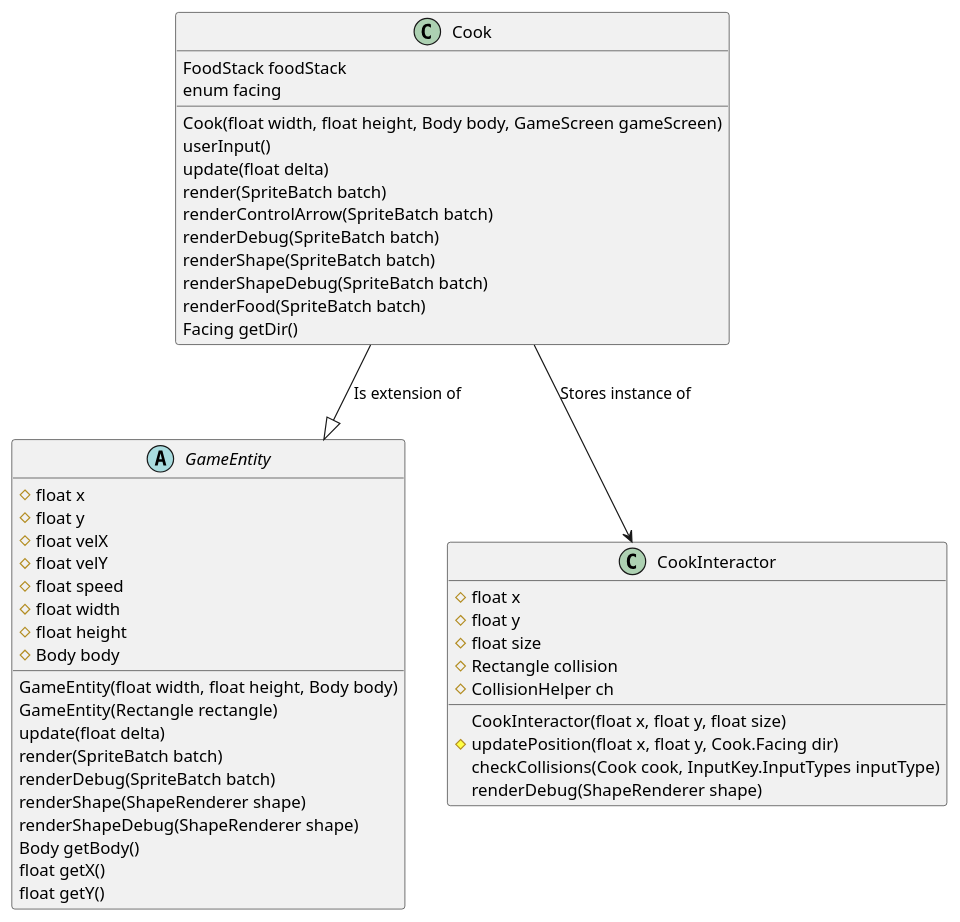
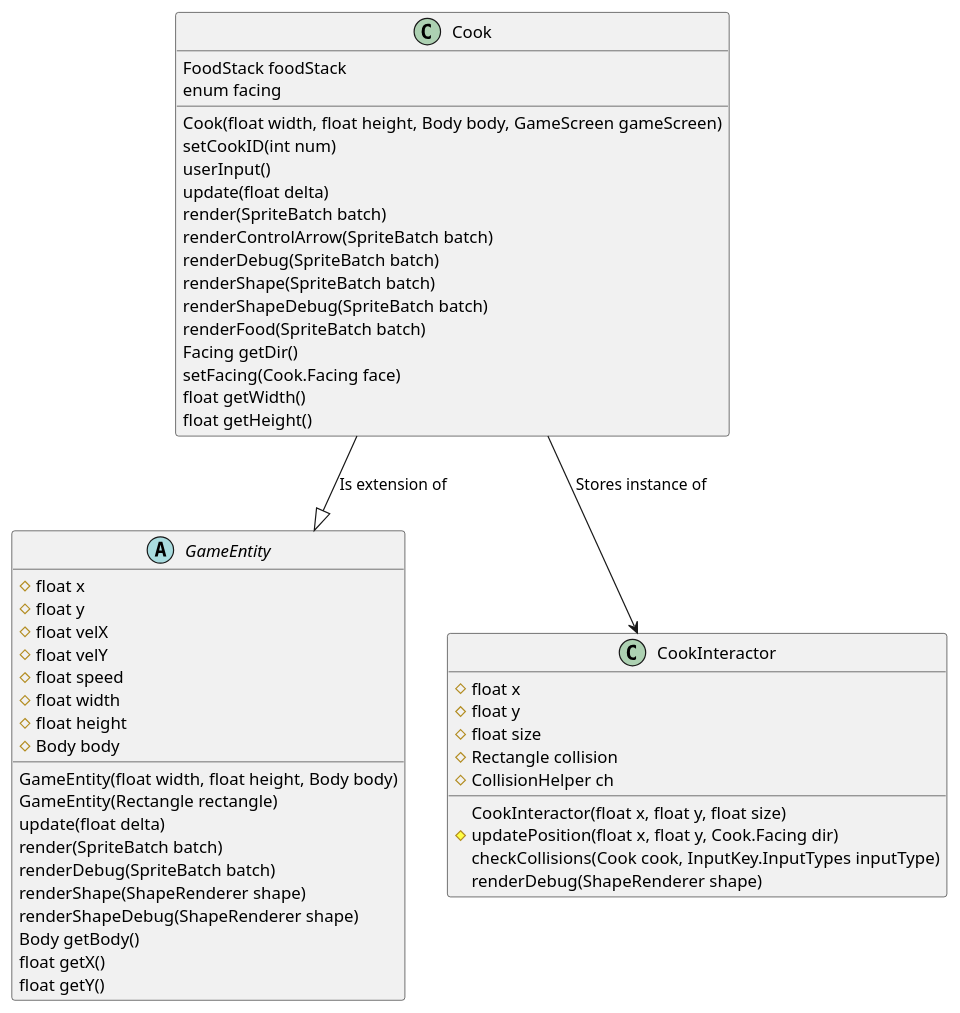
The diagram in ENG1/SUBMITTABLES/Architecture/plantumls/cooks.puml (ENG1-TEAM3/project_eng1_team3_A2), drawn with PlantUML before and after one commit. The commit also changed 11 other files, not shown here.

```diff
--- a/ENG1/SUBMITTABLES/Architecture/plantumls/cooks.puml
+++ b/ENG1/SUBMITTABLES/Architecture/plantumls/cooks.puml
@@ -1,54 +1,58 @@
 @startuml
 abstract GameEntity{
 # float x
 # float y
 # float velX
 # float velY
 # float speed
 # float width
 # float height
 # Body body
 GameEntity(float width, float height, Body body)
 GameEntity(Rectangle rectangle)
 update(float delta)
 render(SpriteBatch batch)
 renderDebug(SpriteBatch batch)
 renderShape(ShapeRenderer shape)
 renderShapeDebug(ShapeRenderer shape)
 Body getBody()
 float getX()
 float getY()
 }
 
 class CookInteractor{
 # float x
 # float y
 # float size
 # Rectangle collision
 # CollisionHelper ch
 CookInteractor(float x, float y, float size)
 # updatePosition(float x, float y, Cook.Facing dir)
 checkCollisions(Cook cook, InputKey.InputTypes inputType)
 renderDebug(ShapeRenderer shape)
 }
 
 class Cook{
 FoodStack foodStack
 enum facing
 Cook(float width, float height, Body body, GameScreen gameScreen)
+setCookID(int num)
 userInput()
 update(float delta)
 render(SpriteBatch batch)
 renderControlArrow(SpriteBatch batch)
 renderDebug(SpriteBatch batch)
 renderShape(SpriteBatch batch)
 renderShapeDebug(SpriteBatch batch)
 renderFood(SpriteBatch batch)
 Facing getDir()
+setFacing(Cook.Facing face)
+float getWidth()
+float getHeight()
 }
 
 Cook --> CookInteractor : Stores instance of
 Cook --|> GameEntity : Is extension of
 
 
 @enduml
```
